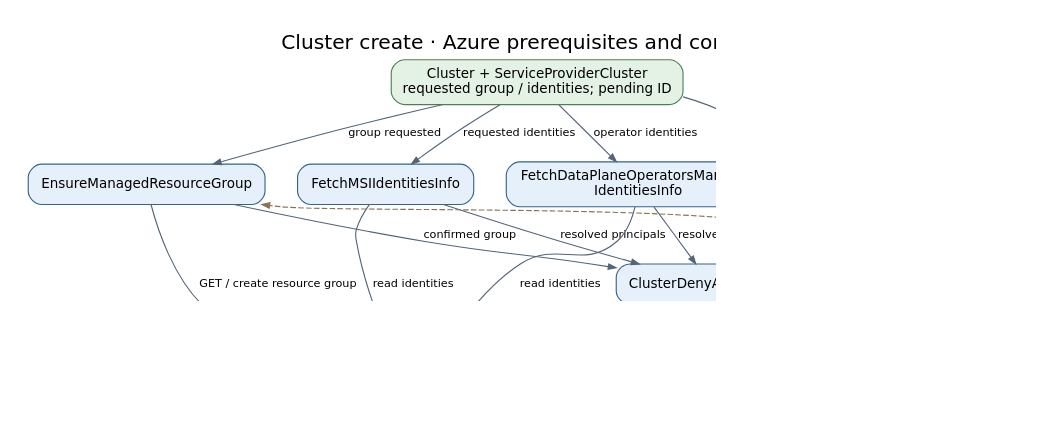
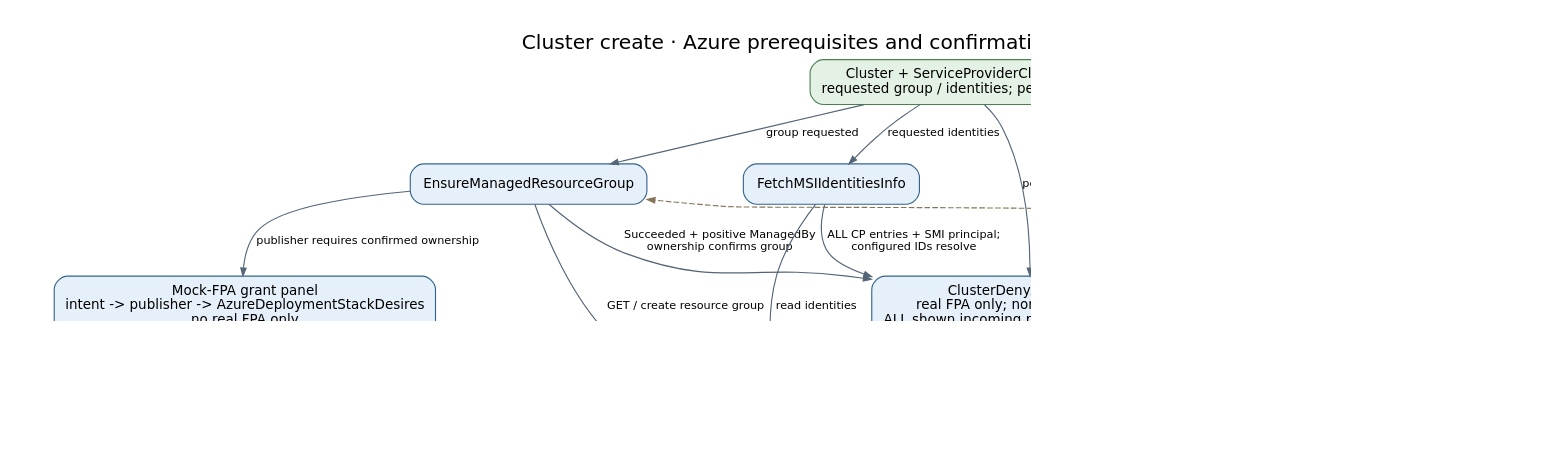
The diagram in docs/generated/diagrams/controller-flows/cluster-azure-prerequisites.dot (Azure/ARO-HCP), drawn with Graphviz before and after one commit. The commit also changed 44 other files, not shown here.

```diff
--- a/docs/generated/diagrams/controller-flows/cluster-azure-prerequisites.dot
+++ b/docs/generated/diagrams/controller-flows/cluster-azure-prerequisites.dot
@@ -1,26 +1,31 @@
 digraph cluster_azure_prerequisites {
   graph [rankdir=TB, bgcolor="white", pad="0.3", nodesep="0.4", ranksep="0.55", fontname="DejaVu Sans", fontsize=18, labelloc=t, label="Cluster create · Azure prerequisites and confirmation", dpi=110];
   node [shape=box, style="rounded,filled", fillcolor="#e6f0fa", color="#35648a", fontname="DejaVu Sans", fontsize=12, margin="0.16,0.10"];
   edge [color="#536577", fontname="DejaVu Sans", fontsize=10, arrowsize=0.7];
   state [label="Cluster + ServiceProviderCluster\nrequested group / identities; pending ID", fillcolor="#e4f2e5", color="#4c8053"];
   mrg [label="EnsureManagedResourceGroup", fillcolor="#e6f0fa", color="#35648a"];
   msi [label="FetchMSIIdentitiesInfo", fillcolor="#e6f0fa", color="#35648a"];
   dp [label="FetchDataPlaneOperatorsManaged\nIdentitiesInfo", fillcolor="#e6f0fa", color="#35648a"];
-  deny [label="ClusterDenyAssignment", fillcolor="#e6f0fa", color="#35648a"];
+  deny [label="ClusterDenyAssignment\nreal FPA only; nondeleting cluster\nALL shown incoming prerequisites required", fillcolor="#e6f0fa", color="#35648a"];
   azure [label="Azure group / identities / \ndenies", fillcolor="#fff0da", color="#b27624"];
   ready [label="Deny creation precondition satisfied\nno pending + nonempty confirmed\nEarliestRecheckTime set", fillcolor="#e4f2e5", color="#4c8053"];
   state -> mrg [label="group requested"];
   state -> msi [label="requested identities"];
   state -> dp [label="operator identities"];
   state -> deny [label="pending or confirmed ID"];
   mrg -> azure [label="GET / create resource group"];
   msi -> azure [label="read identities"];
   dp -> azure [label="read identities"];
-  mrg -> deny [label="confirmed group"];
-  msi -> deny [label="resolved principals"];
-  dp -> deny [label="resolved principals"];
+  mrg -> deny [label="Succeeded + positive ManagedBy\nownership confirms group"];
+  msi -> deny [label="ALL CP entries + SMI principal;\nconfigured IDs resolve"];
+  dp -> deny [label="ALL DP principals; no retrieval errors;\nconfigured IDs resolve"];
   deny -> azure [label="GET / PUT / delete stale\ndenies"];
   deny -> ready [label="persist confirmed state"];
-  azure -> mrg [label="observe provisioning; retry\n10s", style=dashed, color="#857456", constraint=false];
+  azure -> mrg [label="owned + provisioning: retry 10s\nnon-owned: error, retain pending", style=dashed, color="#857456", constraint=false];
   azure -> deny [label="verify / periodic recheck", style=dashed, color="#857456", constraint=false];
+  mock [label="Mock-FPA grant panel\nintent -> publisher -> AzureDeploymentStackDesires\nno real FPA only", fillcolor="#e6f0fa"];
+  mockready [label="Mock grant creation gate: ALL\nnonempty provider map; every entry managed, not draining\ncurrent observed spec hash + SuccessfullyApplied=True", fillcolor="#e4f2e5"];
+  mrg -> mock [label="publisher requires confirmed ownership"];
+  mock -> mockready [label="Azure observation via stack desire"];
+  mockready -> mock [label="missing / stale / failed: wait", style=dashed, constraint=false];
 }
```
